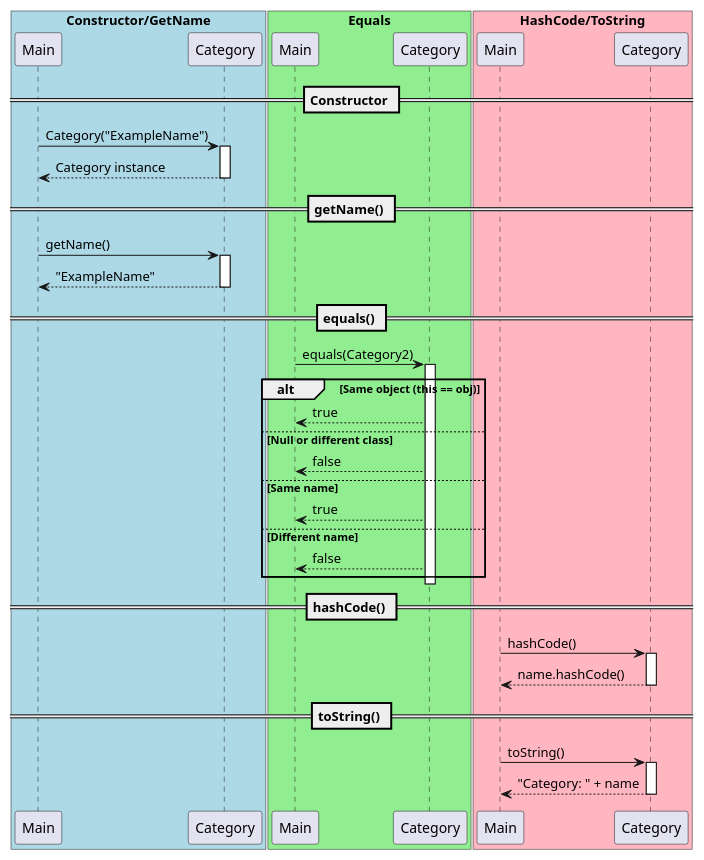
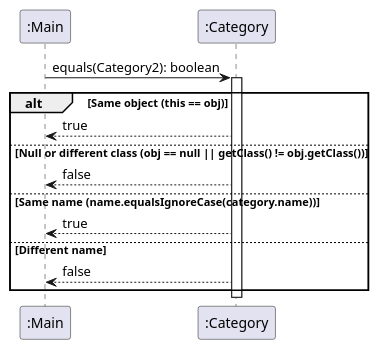
The diagram in docs/plantUMLCode/category-class-diagram.puml (nus-cs2113-AY2425S1/tp), drawn with PlantUML before and after one commit. The commit also changed 1 other file, not shown here.

```diff
--- a/docs/plantUMLCode/category-class-diagram.puml
+++ b/docs/plantUMLCode/category-class-diagram.puml
@@ -1,56 +1,17 @@
 @startuml
+participant ":Main" as Main
+participant ":Category" as Category
 
-box "Constructor/GetName" #LightBlue
-participant "Main" as Main1
-participant "Category" as Category1
-end box
-
-box "Equals" #LightGreen
-participant "Main" as Main2
-participant "Category" as Category2
-end box
-
-box "HashCode/ToString" #LightPink
-participant "Main" as Main3
-participant "Category" as Category3
-end box
-
-== Constructor ==
-Main1 -> Category1: Category("ExampleName")
-activate Category1
-Category1 --> Main1: Category instance
-deactivate Category1
-
-== getName() ==
-Main1 -> Category1: getName()
-activate Category1
-Category1 --> Main1: "ExampleName"
-deactivate Category1
-
-== equals() ==
-Main2 -> Category2: equals(Category2)
-activate Category2
+Main -> Category: equals(Category2): boolean
+activate Category
 alt Same object (this == obj)
-    Category2 --> Main2: true
-else Null or different class
-    Category2 --> Main2: false
-else Same name
-    Category2 --> Main2: true
+    Category --> Main: true
+else Null or different class (obj == null || getClass() != obj.getClass())
+    Category --> Main: false
+else Same name (name.equalsIgnoreCase(category.name))
+    Category --> Main: true
 else Different name
-    Category2 --> Main2: false
+    Category --> Main: false
 end
-deactivate Category2
-
-== hashCode() ==
-Main3 -> Category3: hashCode()
-activate Category3
-Category3 --> Main3: name.hashCode()
-deactivate Category3
-
-== toString() ==
-Main3 -> Category3: toString()
-activate Category3
-Category3 --> Main3: "Category: " + name
-deactivate Category3
-
+deactivate Category
 @enduml
```
